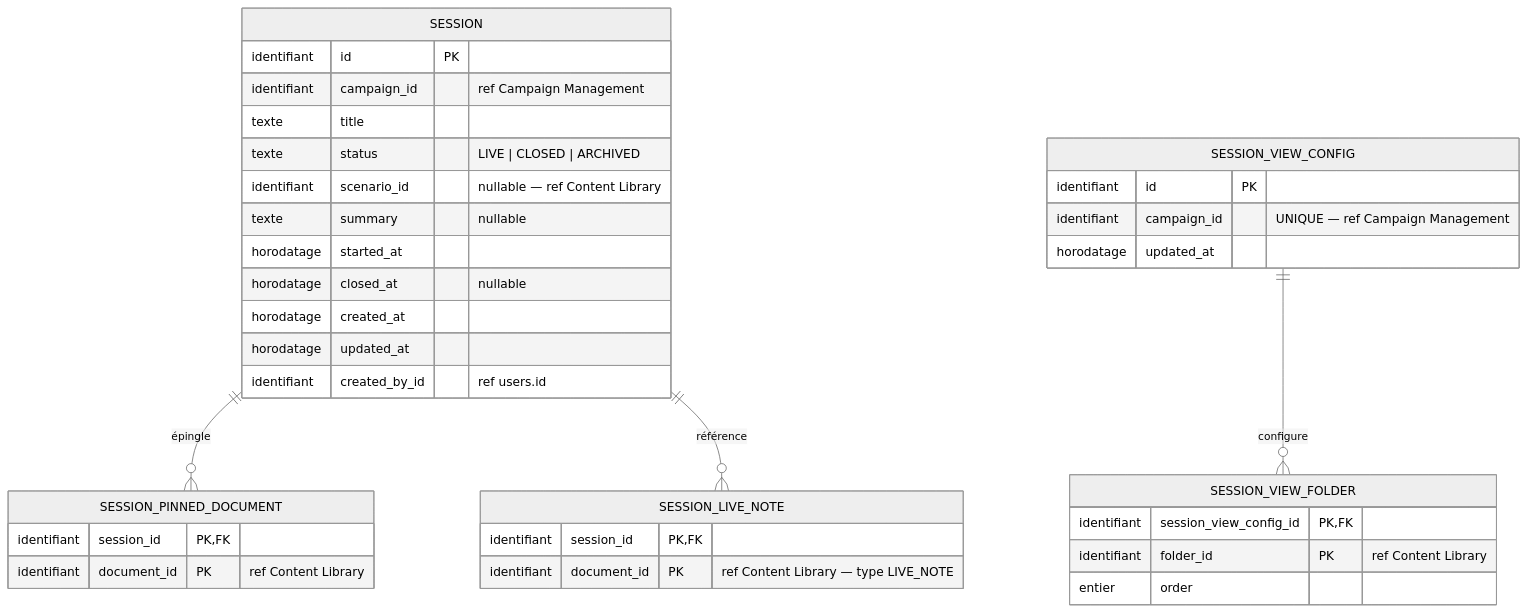
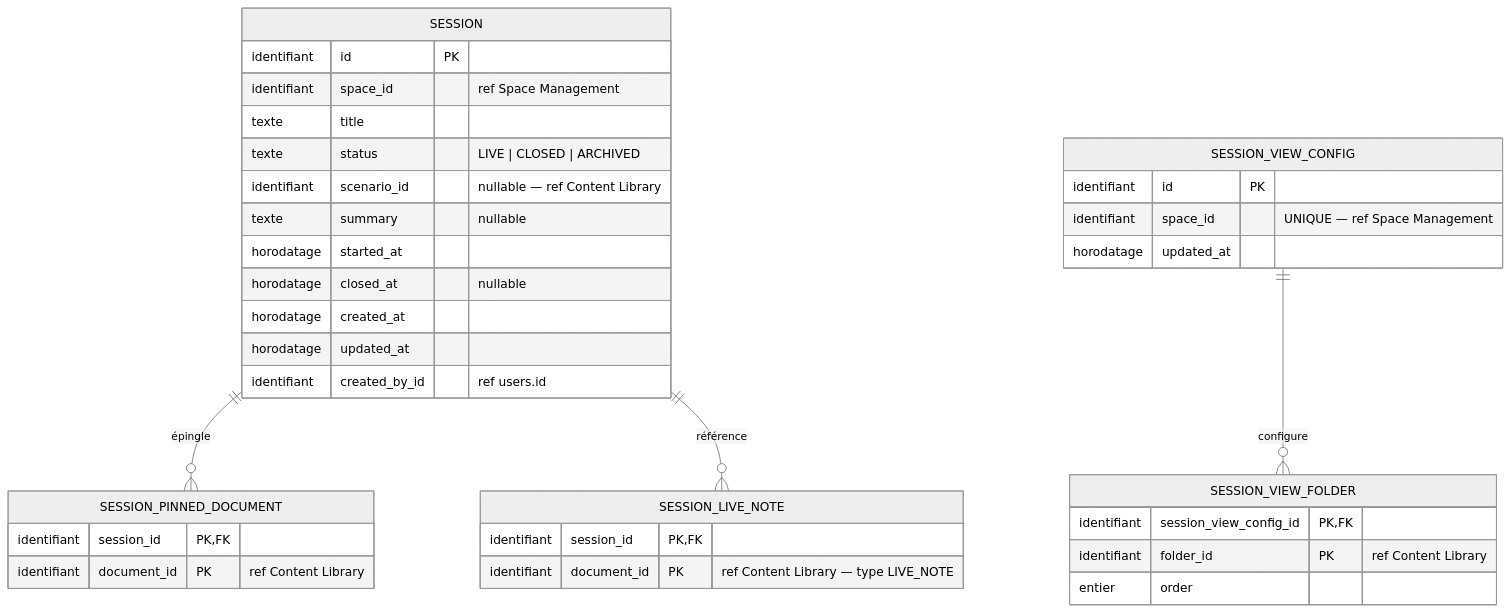
One commit to 2025-10-CDA-ECO-P6/PM-micro-saas changed the diagram in docs/conception/domain/diagrams/mcd/session-conduct.md. Above: the diagram before and after it, drawn with Mermaid (neutral theme). The commit also changed 84 other files, not shown here.

First line of the commit message:
docs(conception): généralisation Campaign→Space + espace personnel (ADR-018)

````diff
--- a/docs/conception/domain/diagrams/mcd/session-conduct.md
+++ b/docs/conception/domain/diagrams/mcd/session-conduct.md
@@ -3,42 +3,42 @@
 ```mermaid
 erDiagram
     SESSION {
         identifiant id PK
-        identifiant campaign_id "ref Campaign Management"
+        identifiant space_id "ref Space Management"
         texte title
         texte status "LIVE | CLOSED | ARCHIVED"
         identifiant scenario_id "nullable — ref Content Library"
         texte summary "nullable"
         horodatage started_at
         horodatage closed_at "nullable"
         horodatage created_at
         horodatage updated_at
         identifiant created_by_id "ref users.id"
     }
 
     SESSION_PINNED_DOCUMENT {
         identifiant session_id PK,FK
         identifiant document_id PK "ref Content Library"
     }
 
     SESSION_LIVE_NOTE {
         identifiant session_id PK,FK
         identifiant document_id PK "ref Content Library — type LIVE_NOTE"
     }
 
     SESSION_VIEW_CONFIG {
         identifiant id PK
-        identifiant campaign_id "UNIQUE — ref Campaign Management"
+        identifiant space_id "UNIQUE — ref Space Management"
         horodatage updated_at
     }
 
     SESSION_VIEW_FOLDER {
         identifiant session_view_config_id PK,FK
         identifiant folder_id PK "ref Content Library"
         entier order
     }
 
     SESSION ||--o{ SESSION_PINNED_DOCUMENT : "épingle"
     SESSION ||--o{ SESSION_LIVE_NOTE : "référence"
     SESSION_VIEW_CONFIG ||--o{ SESSION_VIEW_FOLDER : "configure"
 ```
````
